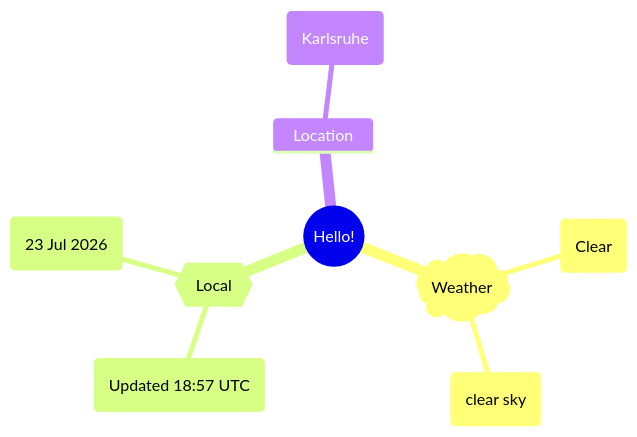
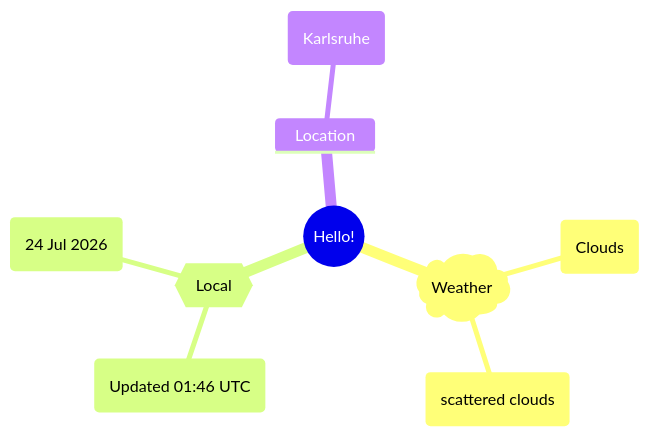
The first of 2 diagrams in README.md (Xosrov/Xosrov), drawn with Mermaid before and after one commit.

Commit message:
[bot] updated images

````diff
--- a/README.md
+++ b/README.md
@@ -3,12 +3,12 @@
 ```mermaid
 mindmap
   root((Hello!))
     )Weather(
-        (Clear)
-        (clear sky)
+        (Clouds)
+        (scattered clouds)
     {{Local}}
-        (Updated 18:57 UTC)
-        (23 Jul 2026)
+        (Updated 01:46 UTC)
+        (24 Jul 2026)
     Location
         (Karlsruhe)
 ```
````
